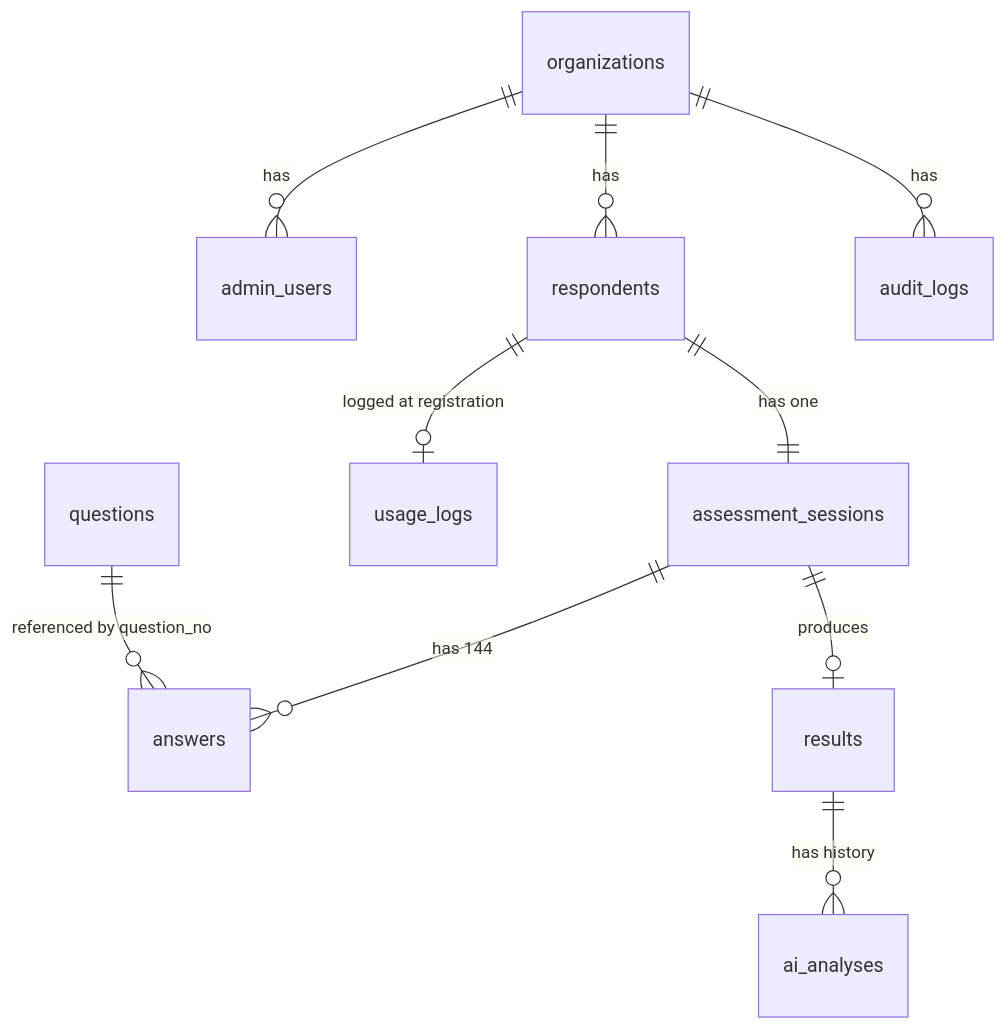
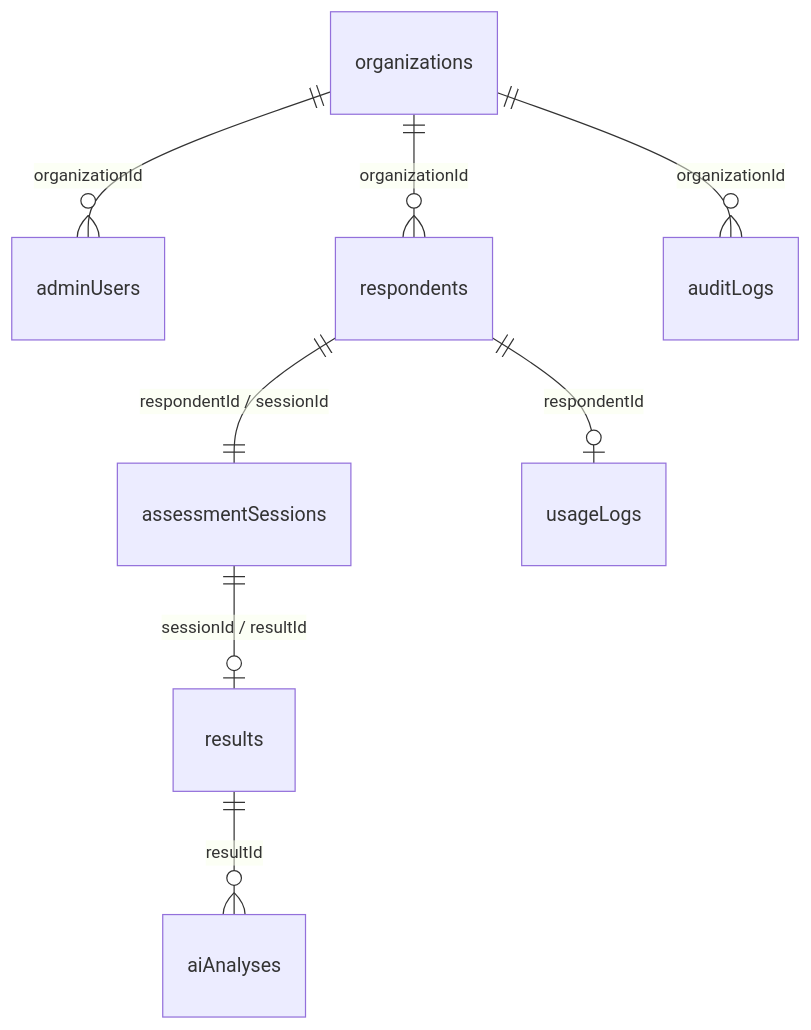
One commit to tanukichiyamaguchi/Tekisei-Kensa changed the diagram in docs/基本設計/00_共通定義.md. Above: the diagram before and after it, drawn with Mermaid. The commit also changed other lines of this file and 1 other file, not shown here.

````diff
--- a/docs/基本設計/00_共通定義.md
+++ b/docs/基本設計/00_共通定義.md
@@ -446,12 +473,10 @@
 ```mermaid
 erDiagram
-    organizations ||--o{ admin_users : "has"
-    organizations ||--o{ respondents : "has"
-    respondents ||--|| assessment_sessions : "has one"
-    assessment_sessions ||--o{ answers : "has 144"
-    assessment_sessions ||--o| results : "produces"
-    results ||--o{ ai_analyses : "has history"
-    respondents ||--o| usage_logs : "logged at registration"
-    organizations ||--o{ audit_logs : "has"
-    questions ||--o{ answers : "referenced by question_no"
+    organizations ||--o{ adminUsers : "organizationId"
+    organizations ||--o{ respondents : "organizationId"
+    respondents ||--|| assessmentSessions : "respondentId / sessionId"
+    assessmentSessions ||--o| results : "sessionId / resultId"
+    results ||--o{ aiAnalyses : "resultId"
+    respondents ||--o| usageLogs : "respondentId"
+    organizations ||--o{ auditLogs : "organizationId"
 ```
````
